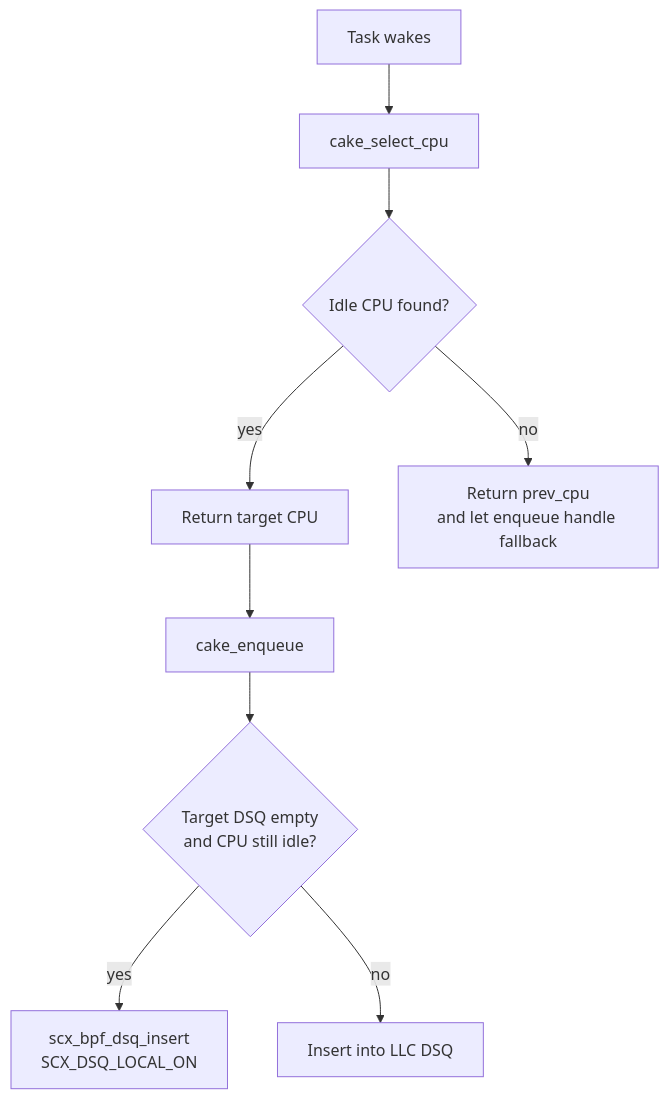
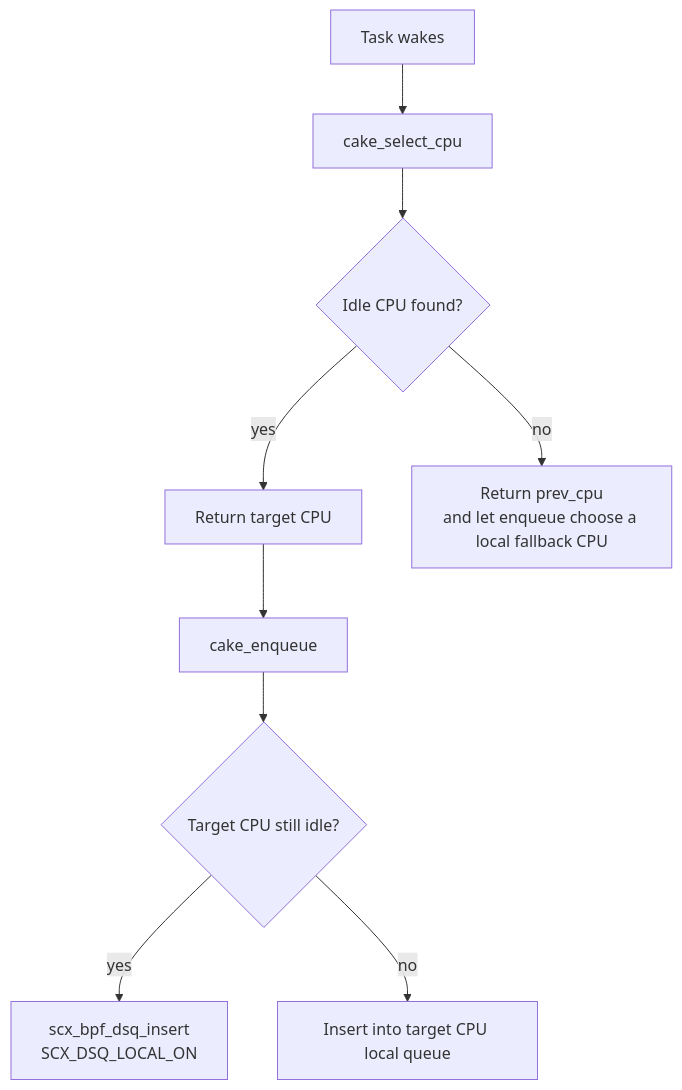
One commit to RitzDaCat/scx changed the second of 5 diagrams in scheds/rust/scx_cake/README.md. Above: the diagram before and after it, drawn with Mermaid. The commit also changed other lines of this file and 5 other files, not shown here.

Commit message:
scx_cake: switch to per-cpu local-first scheduling

````diff
--- a/scheds/rust/scx_cake/README.md
+++ b/scheds/rust/scx_cake/README.md
@@ -154,11 +275,11 @@
 ```mermaid
 flowchart TD
     W[Task wakes] --> SC[cake_select_cpu]
     SC --> G1{Idle CPU found?}
     G1 -->|yes| CPU[Return target CPU]
-    G1 -->|no| PREV[Return prev_cpu<br/>and let enqueue handle fallback]
+    G1 -->|no| PREV[Return prev_cpu<br/>and let enqueue choose a local fallback CPU]
     CPU --> EQ[cake_enqueue]
-    EQ --> DD{Target DSQ empty<br/>and CPU still idle?}
+    EQ --> DD{Target CPU still idle?}
     DD -->|yes| LOCAL[scx_bpf_dsq_insert<br/>SCX_DSQ_LOCAL_ON]
-    DD -->|no| SHARED[Insert into LLC DSQ]
+    DD -->|no| LOCALQ[Insert into target CPU local queue]
 ```
````
